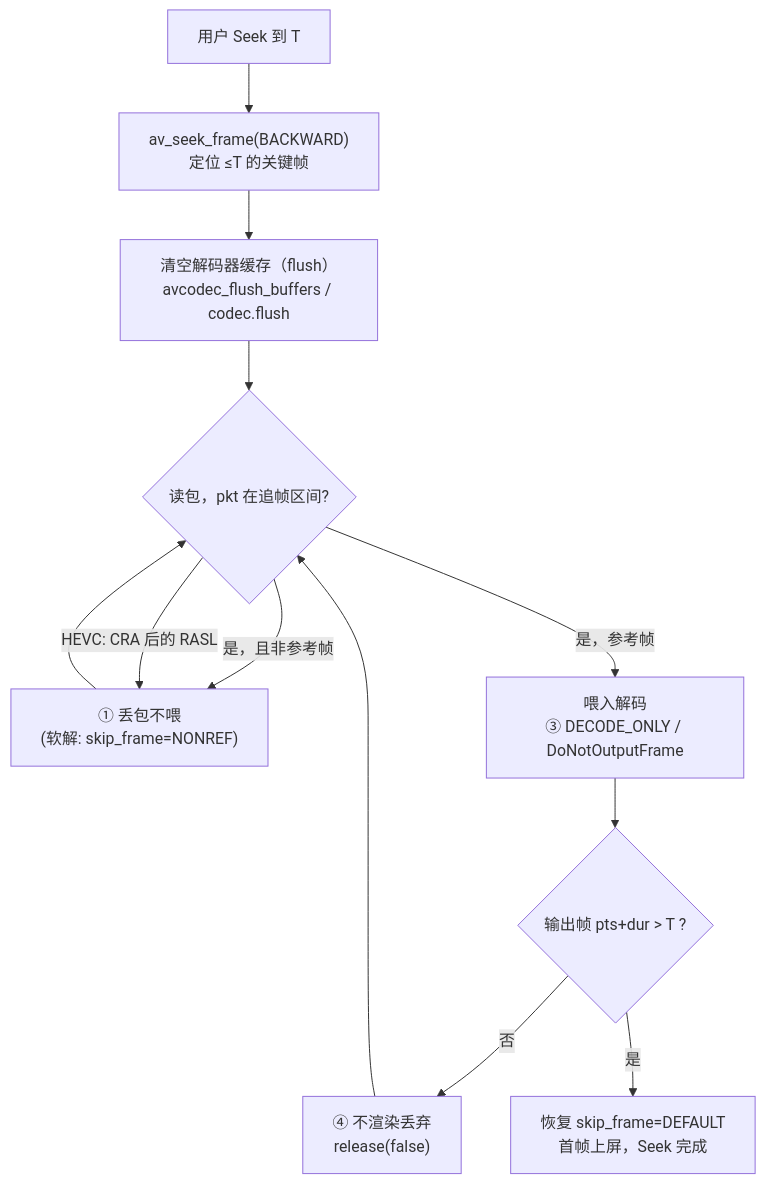
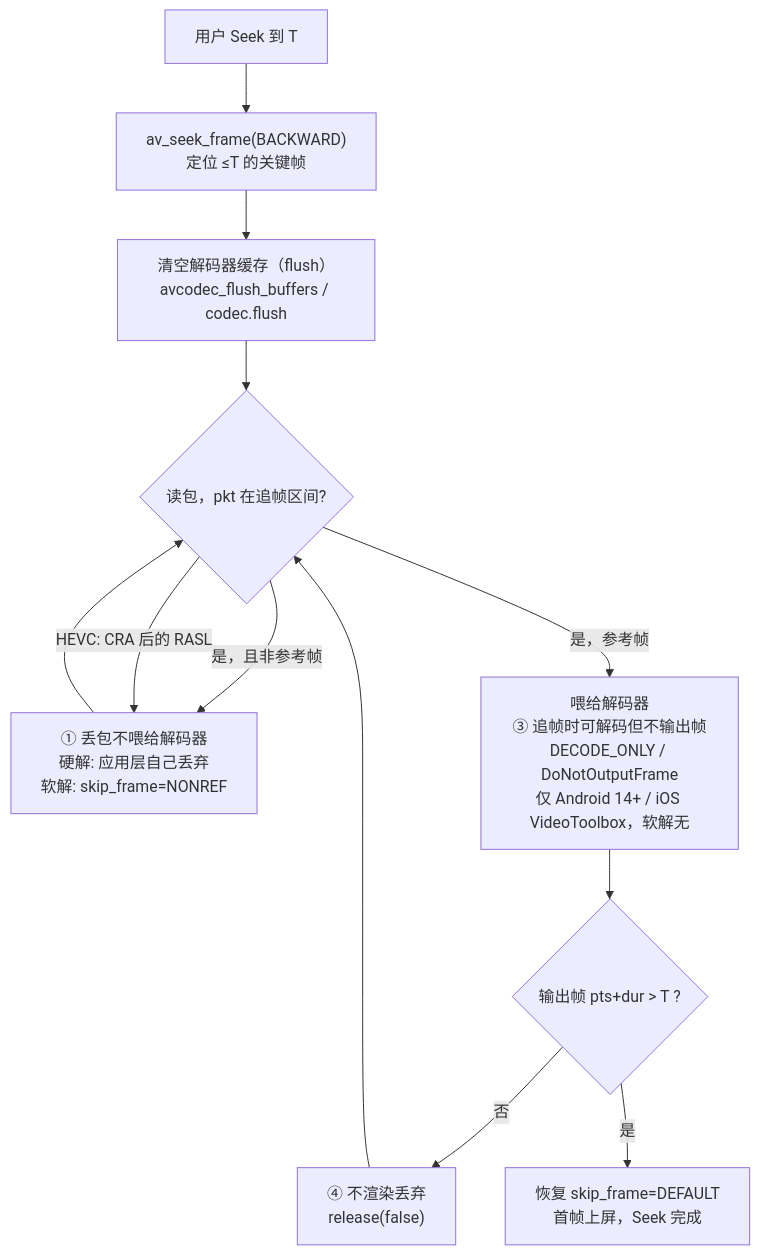
One commit to ltlovezh/FFmpeg changed the sixth of 6 diagrams in articles/seek-nonref-frame-dropping.md. Above: the diagram before and after it, drawn with Mermaid. The commit also changed other lines of this file and 1 other file, not shown here.

First line of the commit message:
articles: restructure ch5 around the four hardware-decode combinations

````diff
--- a/articles/seek-nonref-frame-dropping.md
+++ b/articles/seek-nonref-frame-dropping.md
@@ -710,14 +769,14 @@
 ```mermaid
 flowchart TD
     A["用户 Seek 到 T"] --> B["av_seek_frame(BACKWARD)<br/>定位 ≤T 的关键帧"]
     B --> C["清空解码器缓存（flush）<br/>avcodec_flush_buffers / codec.flush"]
     C --> D{"读包，pkt 在追帧区间?"}
-    D -->|"是，且非参考帧"| E["① 丢包不喂<br/>(软解: skip_frame=NONREF)"]
-    D -->|"是，参考帧"| F["喂入解码<br/>③ DECODE_ONLY / DoNotOutputFrame"]
+    D -->|"是，且非参考帧"| E["① 丢包不喂给解码器<br/>硬解: 应用层自己丢弃<br/>软解: skip_frame=NONREF"]
+    D -->|"是，参考帧"| F["喂给解码器<br/>③ 追帧时可解码但不输出帧<br/>DECODE_ONLY / DoNotOutputFrame<br/>仅 Android 14+ / iOS VideoToolbox，软解无"]
     D -->|"HEVC: CRA 后的 RASL"| E
     E --> D
     F --> G{"输出帧 pts+dur > T ?"}
     G -->|"否"| H["④ 不渲染丢弃<br/>release(false)"]
     H --> D
     G -->|"是"| I["恢复 skip_frame=DEFAULT<br/>首帧上屏，Seek 完成"]
 ```
````
